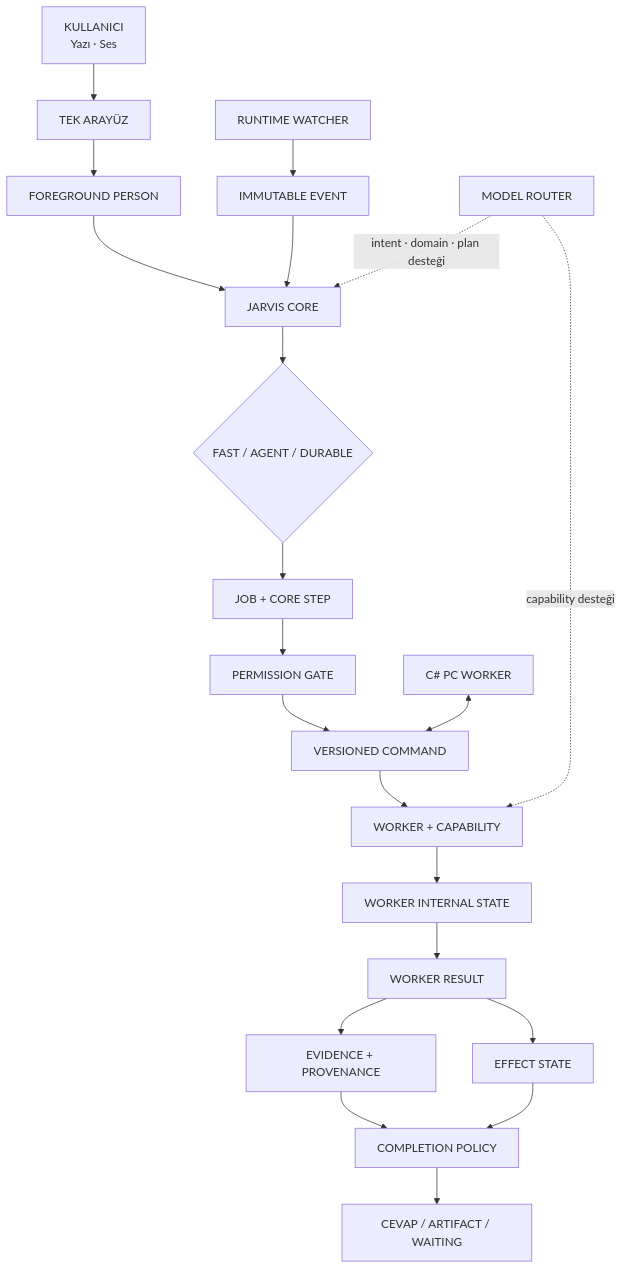
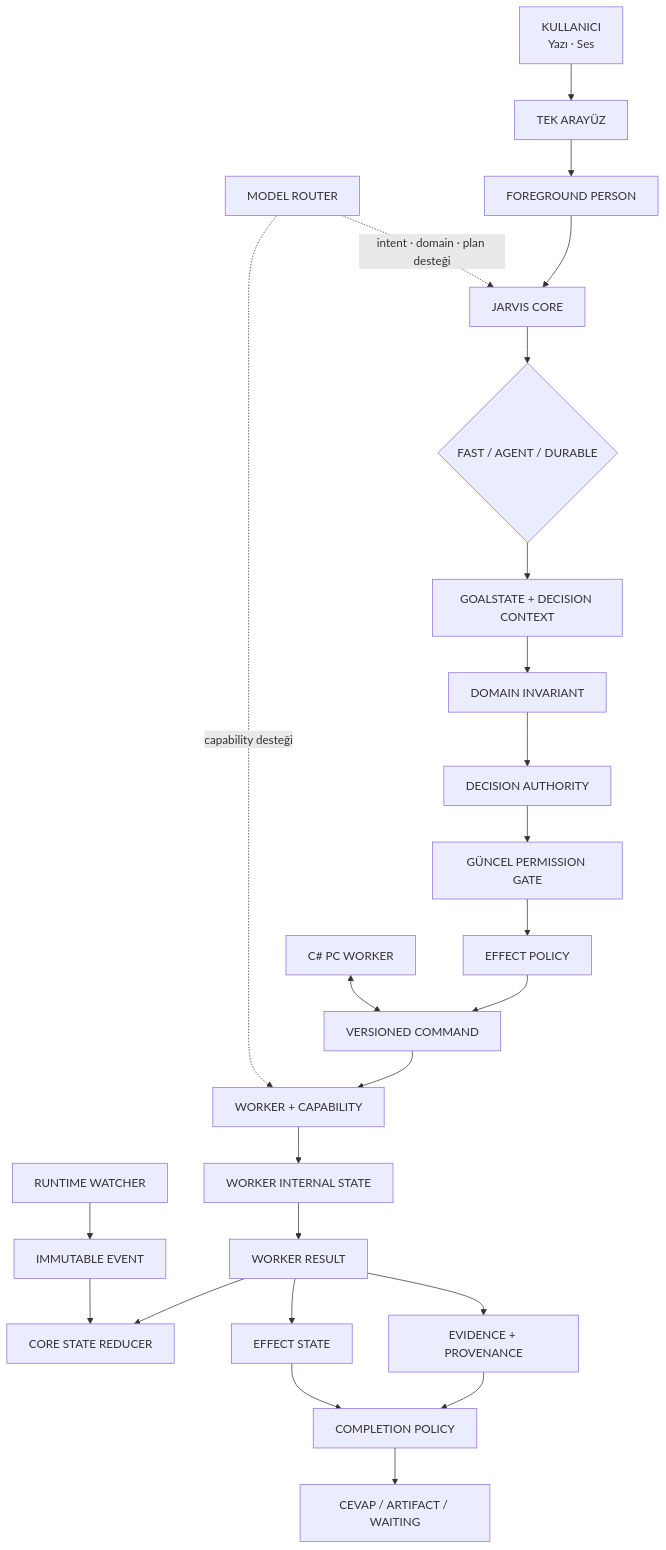
The diagram in docs/architecture/JARVIS_EXECUTION_ARCHITECTURE_V1.md (hamdkose-ctrl/Jarvis-v2), drawn with Mermaid before and after one commit. The commit also changed other lines of this file, not shown here.

Commit message:
docs: align execution architecture decisions

````diff
--- a/docs/architecture/JARVIS_EXECUTION_ARCHITECTURE_V1.md
+++ b/docs/architecture/JARVIS_EXECUTION_ARCHITECTURE_V1.md
@@ -1071,26 +1123,30 @@
 ```mermaid
 flowchart TD
     USER["KULLANICI<br/>Yazı · Ses"] --> UI["TEK ARAYÜZ"]
     UI --> PERSON["FOREGROUND PERSON"]
     PERSON --> CORE["JARVIS CORE"]
 
     CORE --> ROUTE{"FAST / AGENT / DURABLE"}
-    ROUTE --> JOB["JOB + CORE STEP"]
-    JOB --> PERM["PERMISSION GATE"]
-    PERM --> CMD["VERSIONED COMMAND"]
+    ROUTE --> GOAL["GOALSTATE + DECISION CONTEXT"]
+    GOAL --> INV["DOMAIN INVARIANT"]
+    INV --> AUTH["DECISION AUTHORITY"]
+    AUTH --> PERM["GÜNCEL PERMISSION GATE"]
+    PERM --> EFFECTPOLICY["EFFECT POLICY"]
+    EFFECTPOLICY --> CMD["VERSIONED COMMAND"]
     CMD --> CAP["WORKER + CAPABILITY"]
     CAP --> INTERNAL["WORKER INTERNAL STATE"]
     INTERNAL --> RESULT["WORKER RESULT"]
+    RESULT --> REDUCER["CORE STATE REDUCER"]
     RESULT --> EVIDENCE["EVIDENCE + PROVENANCE"]
     RESULT --> EFFECT["EFFECT STATE"]
     EVIDENCE --> COMPLETE["COMPLETION POLICY"]
     EFFECT --> COMPLETE
     COMPLETE --> DELIVERY["CEVAP / ARTIFACT / WAITING"]
 
     RW["RUNTIME WATCHER"] --> EVENT["IMMUTABLE EVENT"]
-    EVENT --> CORE
+    EVENT --> REDUCER
 
     MODEL["MODEL ROUTER"] -. "intent · domain · plan desteği" .-> CORE
     MODEL -. "capability desteği" .-> CAP
     PC["C# PC WORKER"] <--> CMD
 ```
````
